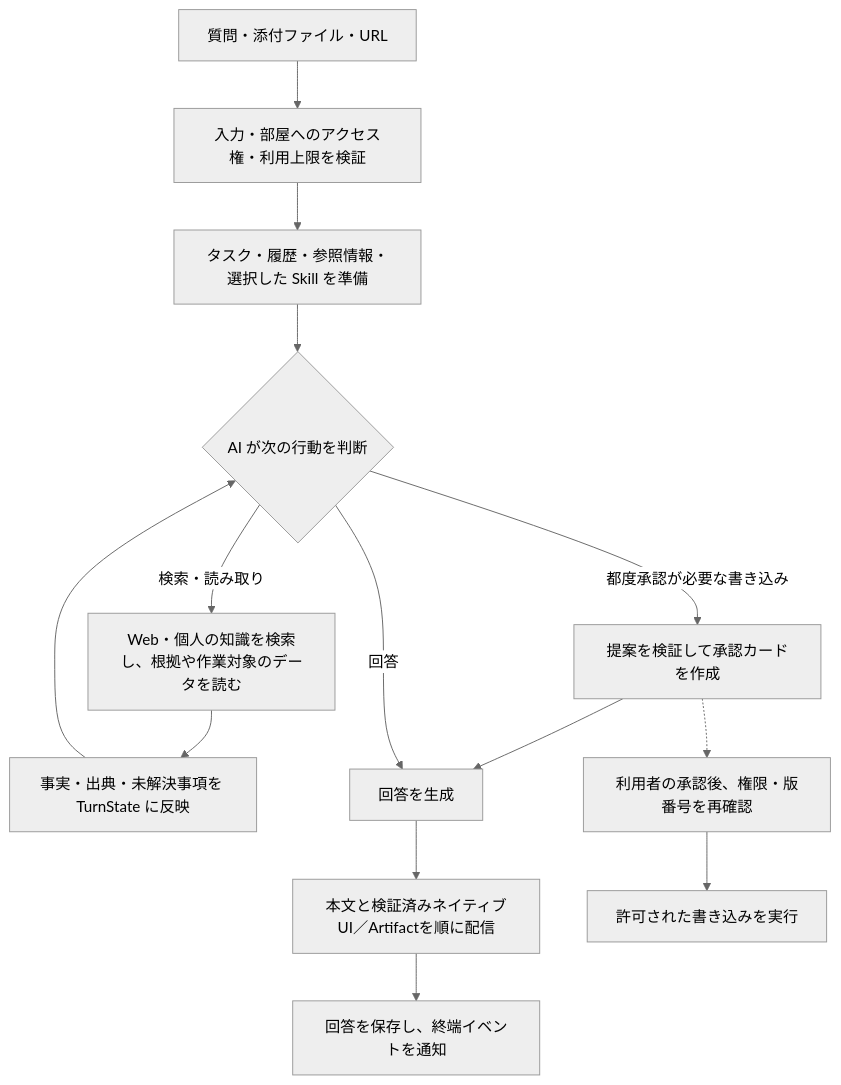
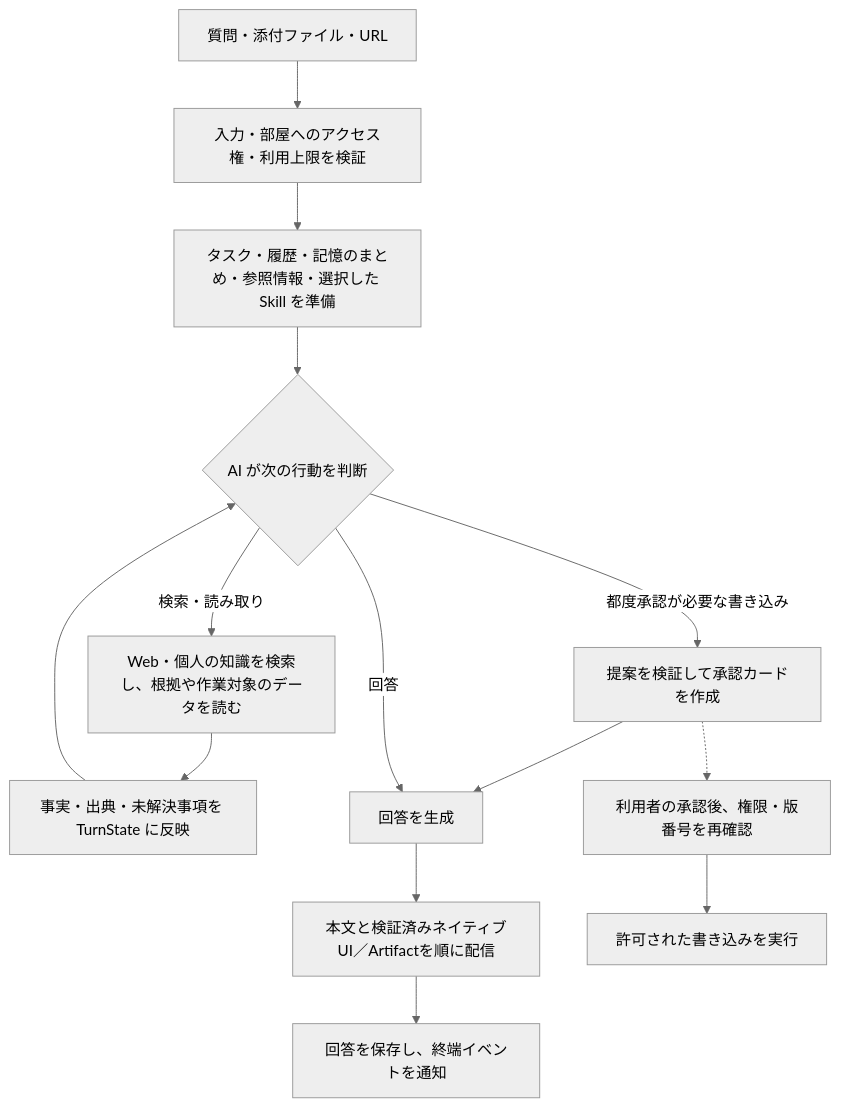
The sixth of 8 diagrams in README.md (kota-kawa/ChatCore-AI), drawn with Mermaid (neutral theme) before and after one commit. The commit also changed other lines of this file and 84 other files, not shown here.

````diff
--- a/README.md
+++ b/README.md
@@ -362,16 +362,16 @@
 ```mermaid
 flowchart TD
     Input["質問・添付ファイル・URL"] --> Validate["入力・部屋へのアクセス権・利用上限を検証"]
-    Validate --> Context["タスク・履歴・参照情報・選択した Skill を準備"]
+    Validate --> Context["タスク・履歴・記憶のまとめ・参照情報・選択した Skill を準備"]
     Context --> Decide{"AI が次の行動を判断"}
     Decide -->|検索・読み取り| Lookup["Web・個人の知識を検索し、根拠や作業対象のデータを読む"]
     Lookup --> State["事実・出典・未解決事項を TurnState に反映"]
     State --> Decide
     Decide -->|都度承認が必要な書き込み| Approval["提案を検証して承認カードを作成"]
     Approval --> Answer["回答を生成"]
     Decide -->|回答| Answer
     Answer --> Output["本文と検証済みネイティブUI／Artifactを順に配信"]
     Output --> Save["回答を保存し、終端イベントを通知"]
     Approval -.-> Gate["利用者の承認後、権限・版番号を再確認"]
     Gate --> Write["許可された書き込みを実行"]
 ```
````
